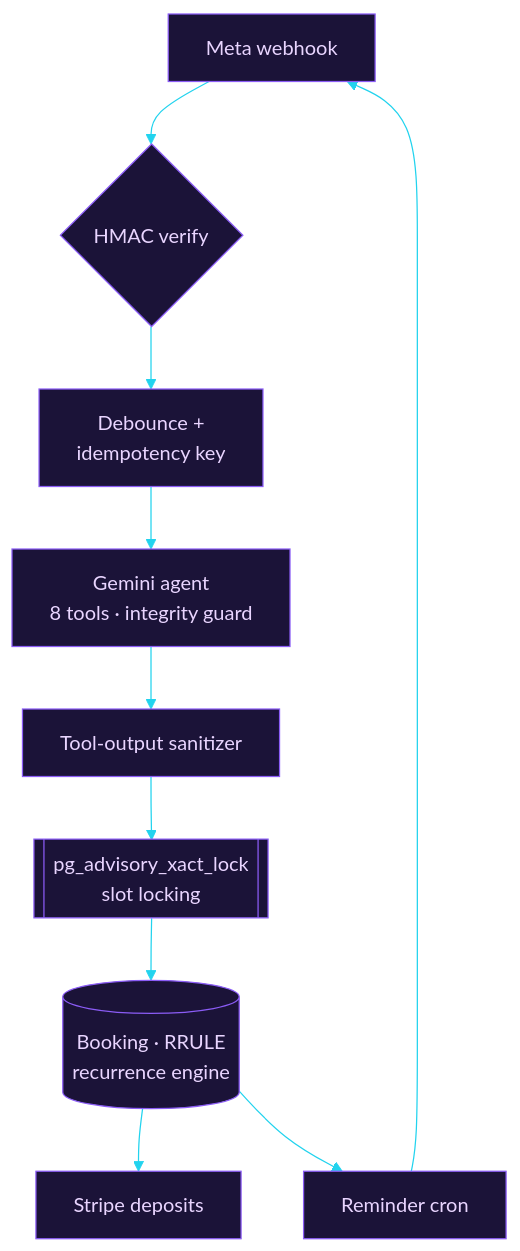
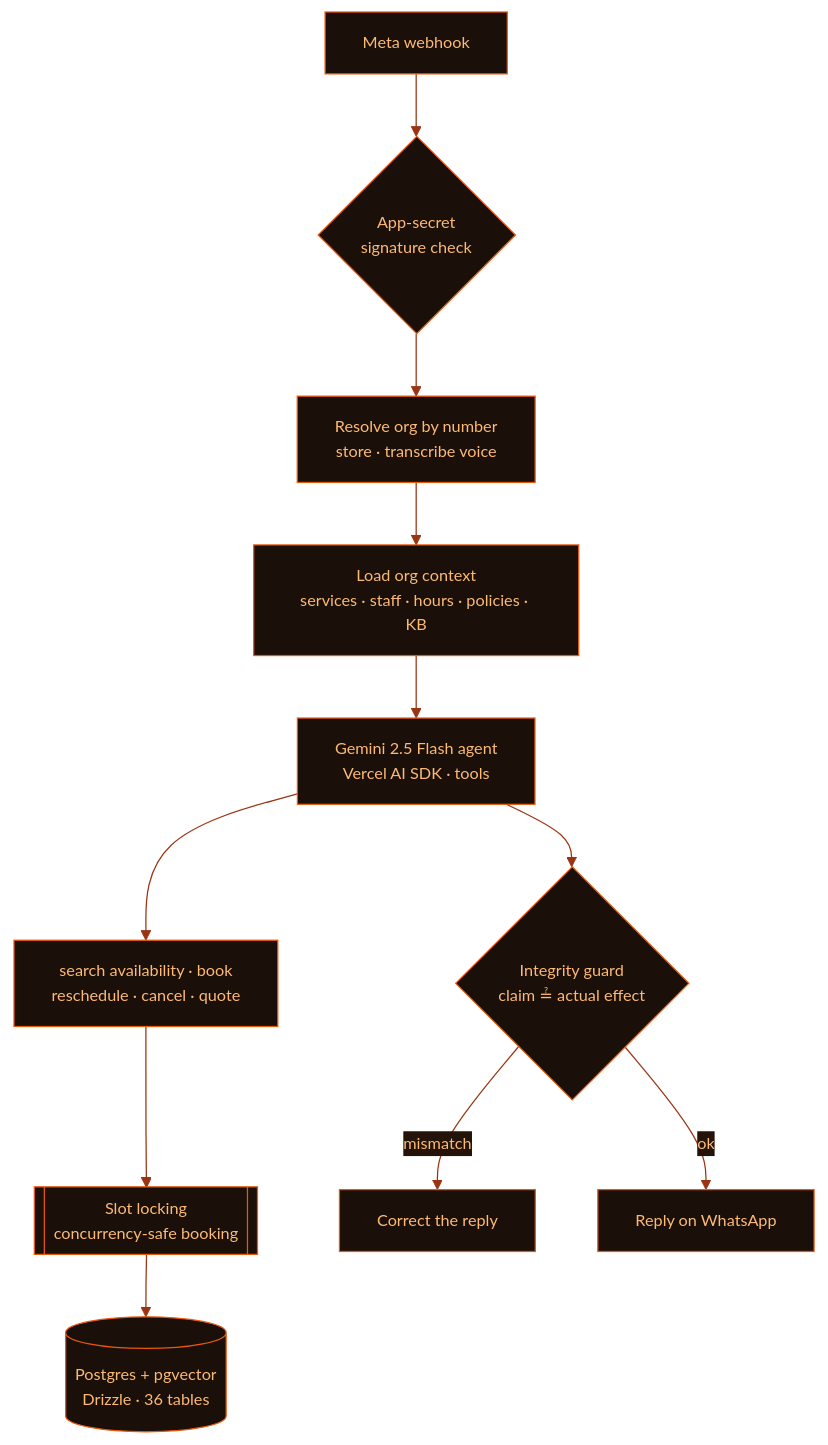
One commit to FlamuxDev/FlamuxDev changed the second of 3 diagrams in README.md. Above: the diagram before and after it, drawn with Mermaid. The commit also changed other lines of this file and 10 other files, not shown here.

````diff
--- a/README.md
+++ b/README.md
@@ -180,13 +84,14 @@
 ```mermaid
-%%{init: {'theme':'base','themeVariables':{'primaryColor':'#1B1338','primaryTextColor':'#E9D5FF','primaryBorderColor':'#8B5CF6','lineColor':'#22D3EE','secondaryColor':'#2A1B4D','tertiaryColor':'#0F0C29','fontFamily':'monospace'}}}%%
+%%{init: {'theme':'base','themeVariables':{'primaryColor':'#1A0F09','primaryTextColor':'#FDBA74','primaryBorderColor':'#EA580C','lineColor':'#9A3412','secondaryColor':'#231309','tertiaryColor':'#0A0A0B','fontFamily':'ui-monospace, monospace','fontSize':'13px'}}}%%
 flowchart TD
-    WA[Meta webhook] --> HMAC{HMAC verify}
-    HMAC --> DEB[Debounce +<br/>idempotency key]
-    DEB --> AG[Gemini agent<br/>8 tools · integrity guard]
-    AG --> SAN[Tool-output sanitizer]
-    SAN --> LOCK[[pg_advisory_xact_lock<br/>slot locking]]
-    LOCK --> BOOK[(Booking · RRULE<br/>recurrence engine)]
-    BOOK --> PAY[Stripe deposits]
-    BOOK --> CRON[Reminder cron]
-    CRON --> WA
+    M[Meta webhook] --> SIG{App-secret<br/>signature check}
+    SIG --> RES[Resolve org by number<br/>store · transcribe voice]
+    RES --> CTX[Load org context<br/>services · staff · hours · policies · KB]
+    CTX --> AG[Gemini 2.5 Flash agent<br/>Vercel AI SDK · tools]
+    AG --> TOOLS[search availability · book<br/>reschedule · cancel · quote]
+    TOOLS --> LOCK[[Slot locking<br/>concurrency-safe booking]]
+    LOCK --> DB[(Postgres + pgvector<br/>Drizzle · 36 tables)]
+    AG --> GRD{Integrity guard<br/>claim ≟ actual effect}
+    GRD -- mismatch --> FIX[Correct the reply]
+    GRD -- ok --> OUT[Reply on WhatsApp]
 ```
````
